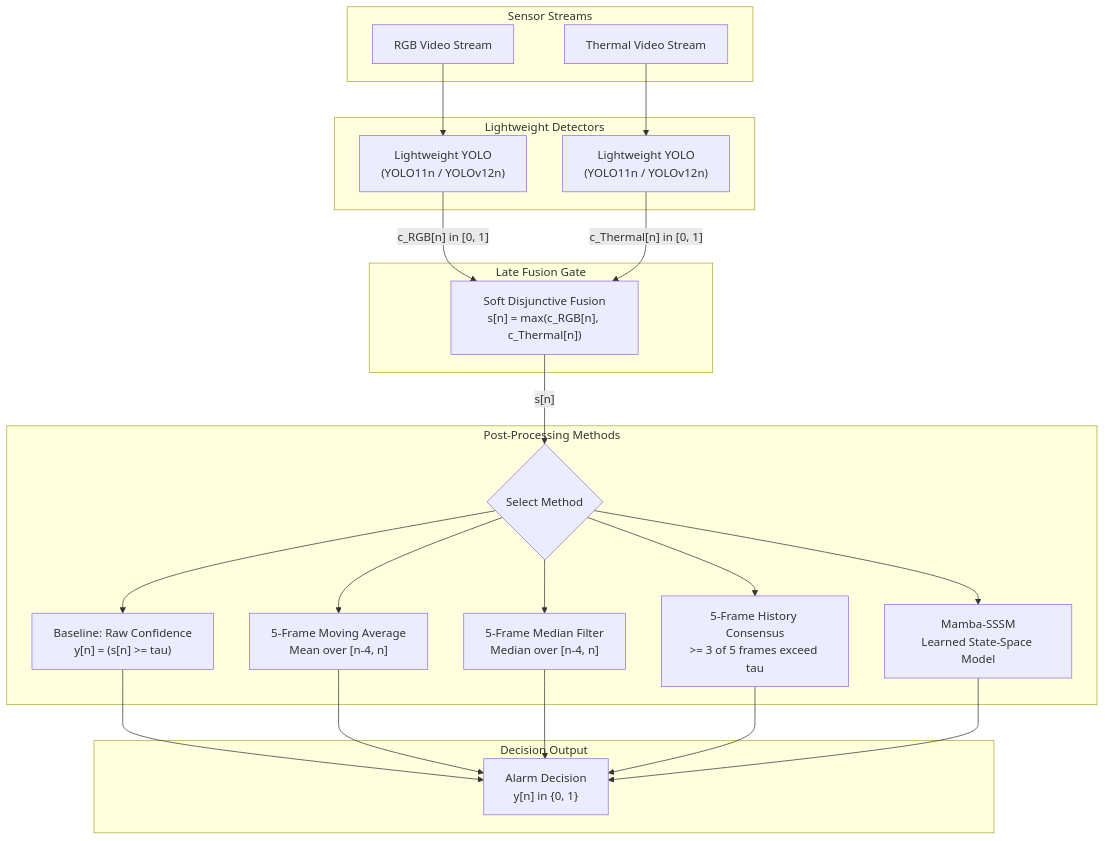
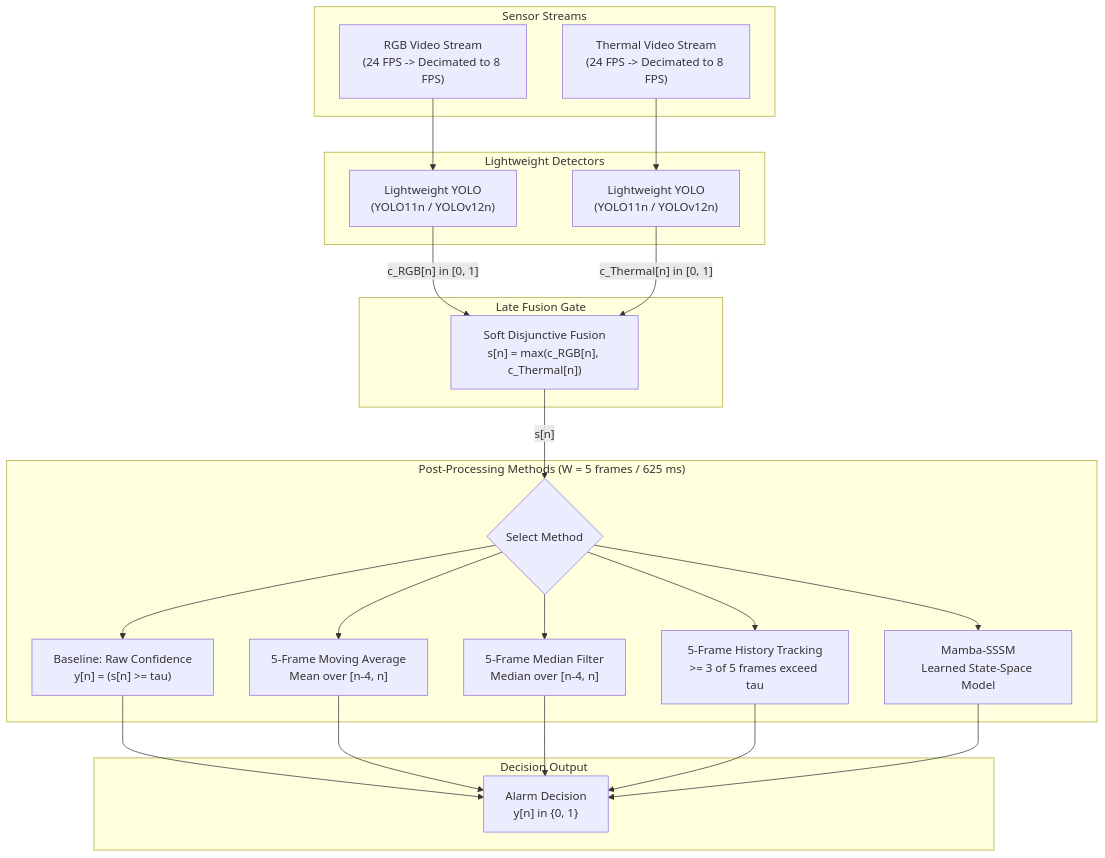
Before and after one commit to IamOumarIbrahim/multi-modal-detection: the diagram in README.md, drawn with Mermaid. The commit also changed other lines of this file, not shown here.

````diff
--- a/README.md
+++ b/README.md
@@ -35,44 +34,43 @@
 ```mermaid
 flowchart TD
     subgraph Inputs ["Sensor Streams"]
-        RGB["RGB Video Stream"]
-        Thermal["Thermal Video Stream"]
+        RGB["RGB Video Stream\n(24 FPS -> Decimated to 8 FPS)"]
+        Thermal["Thermal Video Stream\n(24 FPS -> Decimated to 8 FPS)"]
     end
 
     subgraph Detectors ["Lightweight Detectors"]
         YOLO_RGB["Lightweight YOLO\n(YOLO11n / YOLOv12n)"]
         YOLO_Th["Lightweight YOLO\n(YOLO11n / YOLOv12n)"]
     end
 
     subgraph Fusion ["Late Fusion Gate"]
         Max["Soft Disjunctive Fusion\ns[n] = max(c_RGB[n], c_Thermal[n])"]
     end
 
-    subgraph PostProc ["Post-Processing Methods"]
+    subgraph PostProc ["Post-Processing Methods (W = 5 frames / 625 ms)"]
         PP{"Select Method"}
         M1["Baseline: Raw Confidence\ny[n] = (s[n] >= tau)"]
         M2["5-Frame Moving Average\nMean over [n-4, n]"]
         M3["5-Frame Median Filter\nMedian over [n-4, n]"]
-        M4["5-Frame History Consensus\n>= 3 of 5 frames exceed tau"]
+        M4["5-Frame History Tracking\n>= 3 of 5 frames exceed tau"]
         M5["Mamba-SSSM\nLearned State-Space Model"]
     end
 
     subgraph Output ["Decision Output"]
         Alarm["Alarm Decision\ny[n] in {0, 1}"]
     end
 
     RGB --> YOLO_RGB
     Thermal --> YOLO_Th
 
     YOLO_RGB -->|"c_RGB[n] in [0, 1]"| Max
     YOLO_Th -->|"c_Thermal[n] in [0, 1]"| Max
 
     Max -->|"s[n]"| PP
 
     PP --> M1 --> Alarm
     PP --> M2 --> Alarm
     PP --> M3 --> Alarm
     PP --> M4 --> Alarm
     PP --> M5 --> Alarm
-
 ```
````
